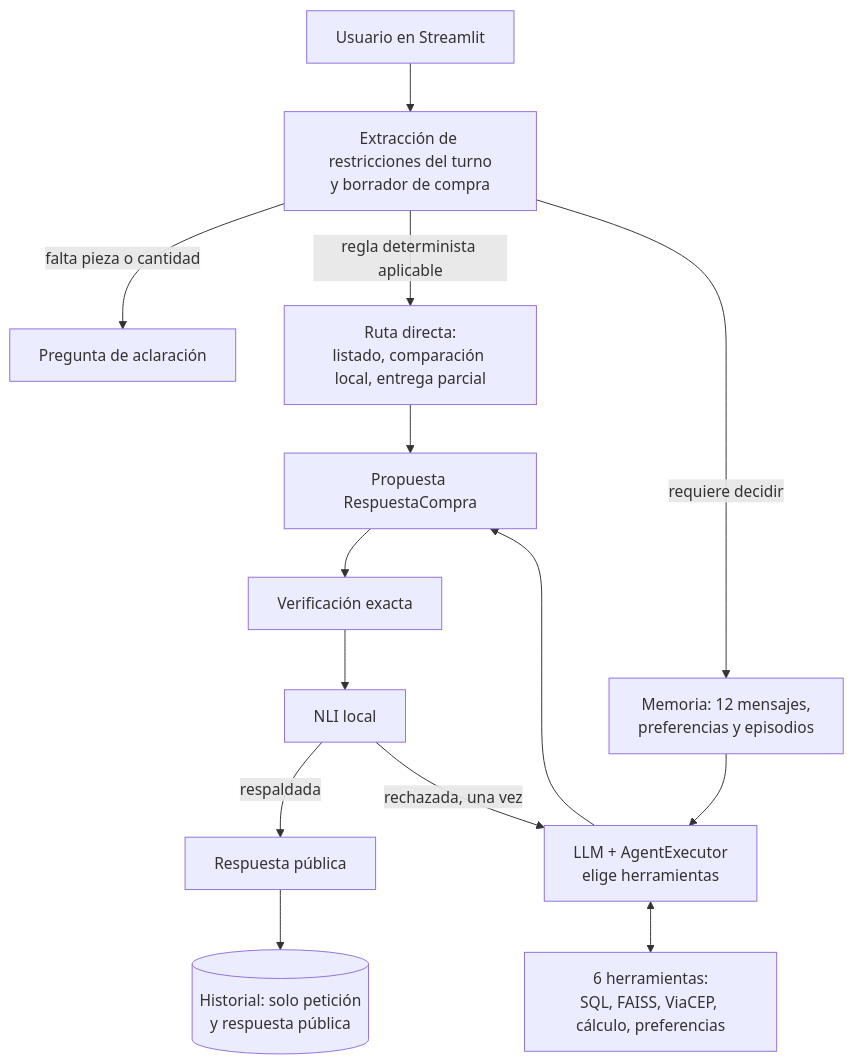
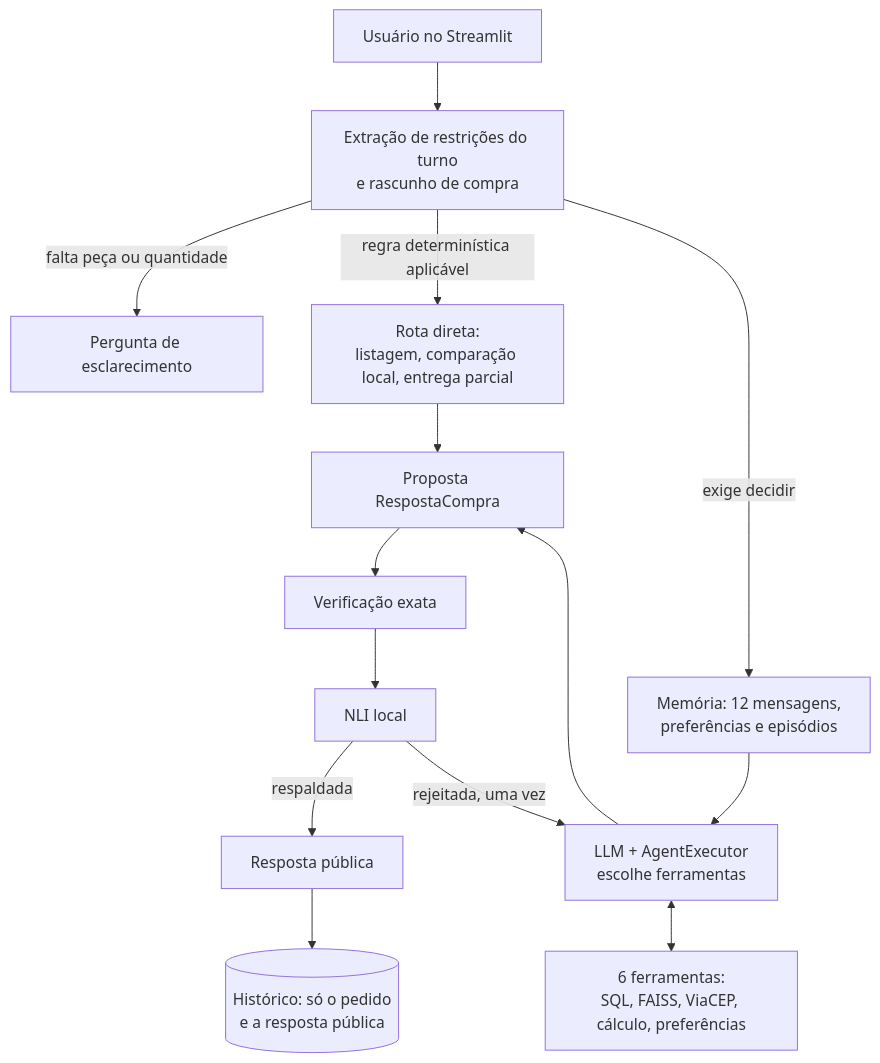
The diagram in docs/respostas_rubricas.md (efraxpc/pedro_asistente_de_compras), drawn with Mermaid before and after one commit. The commit also changed other lines of this file and 17 other files, not shown here.

````diff
--- a/docs/respostas_rubricas.md
+++ b/docs/respostas_rubricas.md
@@ -167,16 +174,16 @@
 ```mermaid
 flowchart TD
-    U[Usuario en Streamlit] --> D[Extracción de restricciones del turno<br/>y borrador de compra]
-    D -->|falta pieza o cantidad| Q[Pregunta de aclaración]
-    D -->|regla determinista aplicable| R[Ruta directa:<br/>listado, comparación local, entrega parcial]
-    D -->|requiere decidir| M[Memoria: 12 mensajes,<br/>preferencias y episodios]
-    M --> A[LLM + AgentExecutor<br/>elige herramientas]
-    A <--> T[6 herramientas:<br/>SQL, FAISS, ViaCEP, cálculo, preferencias]
-    A --> J[Propuesta RespuestaCompra]
+    U[Usuário no Streamlit] --> D[Extração de restrições do turno<br/>e rascunho de compra]
+    D -->|falta peça ou quantidade| Q[Pergunta de esclarecimento]
+    D -->|regra determinística aplicável| R[Rota direta:<br/>listagem, comparação local, entrega parcial]
+    D -->|exige decidir| M[Memória: 12 mensagens,<br/>preferências e episódios]
+    M --> A[LLM + AgentExecutor<br/>escolhe ferramentas]
+    A <--> T[6 ferramentas:<br/>SQL, FAISS, ViaCEP, cálculo, preferências]
+    A --> J[Proposta RespostaCompra]
     R --> J
-    J --> V[Verificación exacta]
+    J --> V[Verificação exata]
     V --> N[NLI local]
-    N -->|respaldada| P[Respuesta pública]
-    N -->|rechazada, una vez| A
-    P --> H[(Historial: solo petición<br/>y respuesta pública)]
+    N -->|respaldada| P[Resposta pública]
+    N -->|rejeitada, uma vez| A
+    P --> H[(Histórico: só o pedido<br/>e a resposta pública)]
 ```
````
